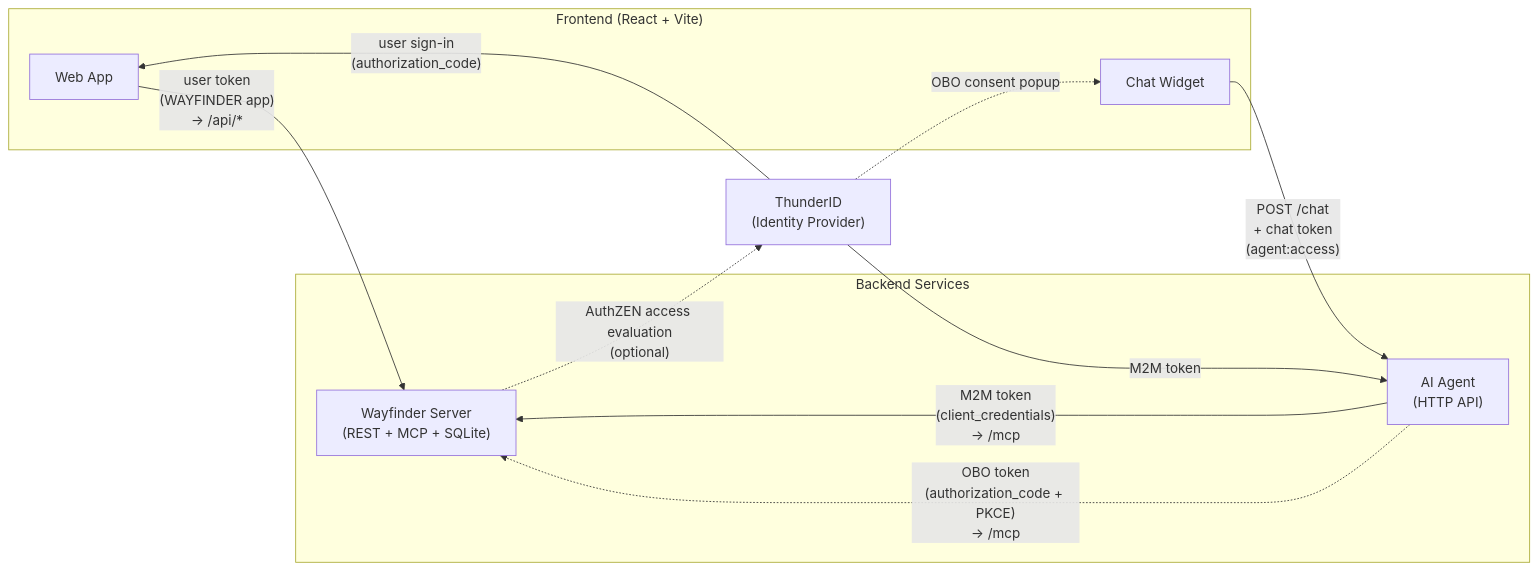
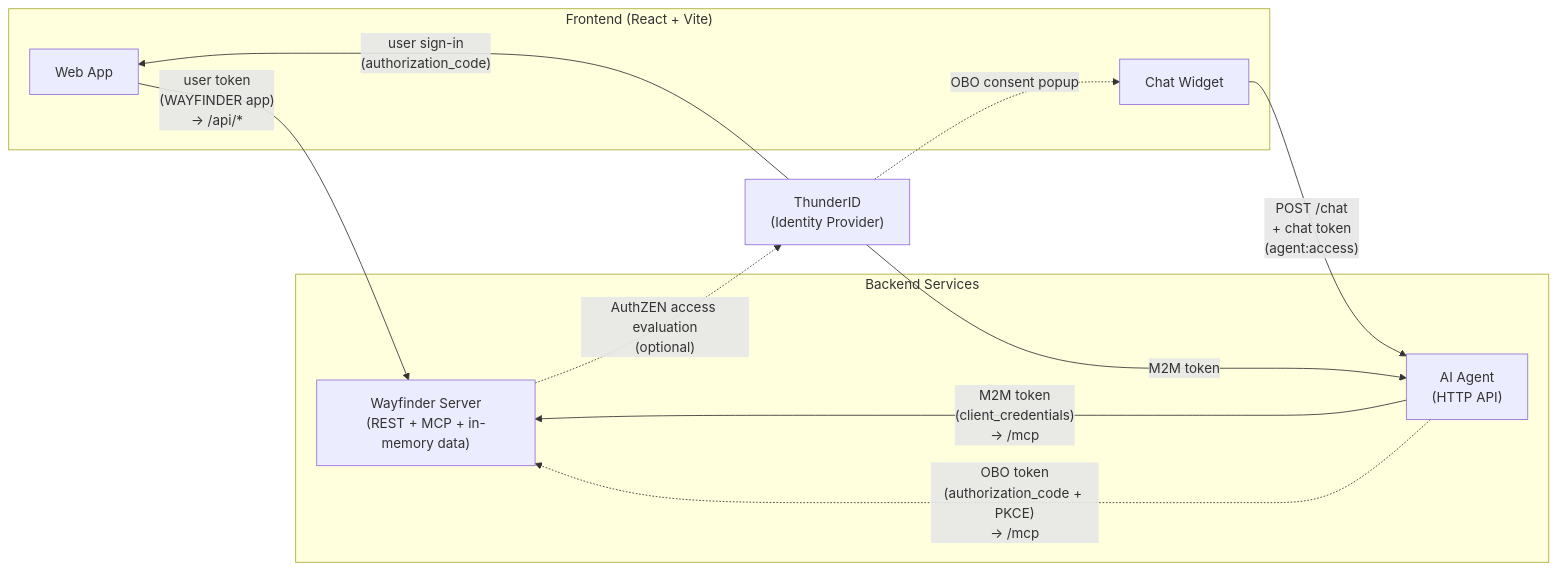
One commit to thiva-k/thunder changed the diagram in samples/apps/wayfinder-sample/README.md. Above: the diagram before and after it, drawn with Mermaid. The commit also changed other lines of this file and 14 other files, not shown here.

First line of the commit message:
Replace Wayfinder sample SQLite storage with in-memory data

````diff
--- a/samples/apps/wayfinder-sample/README.md
+++ b/samples/apps/wayfinder-sample/README.md
@@ -11,24 +11,24 @@
 ```mermaid
 graph LR
     subgraph Frontend["Frontend (React + Vite)"]
         UI["Web App"]
         Chat["Chat Widget"]
     end
 
     subgraph Backend["Backend Services"]
         Agent["AI Agent<br/>(HTTP API)"]
-        Wayfinder["Wayfinder Server<br/>(REST + MCP + SQLite)"]
+        Wayfinder["Wayfinder Server<br/>(REST + MCP + in-memory data)"]
     end
 
     ThunderID["ThunderID<br/>(Identity Provider)"]
 
     UI -- "user token<br/>(WAYFINDER app)<br/>→ /api/*" --> Wayfinder
     Chat -- "POST /chat<br/>+ chat token<br/>(agent:access)" --> Agent
     Agent -- "M2M token<br/>(client_credentials)<br/>→ /mcp" --> Wayfinder
     Agent -. "OBO token<br/>(authorization_code + PKCE)<br/>→ /mcp" .-> Wayfinder
 
     ThunderID -- "user sign-in<br/>(authorization_code)" --> UI
     ThunderID -- "M2M token" --> Agent
     ThunderID -. "OBO consent popup" .-> Chat
     Wayfinder -. "AuthZEN access evaluation<br/>(optional)" .-> ThunderID
 ```
````
